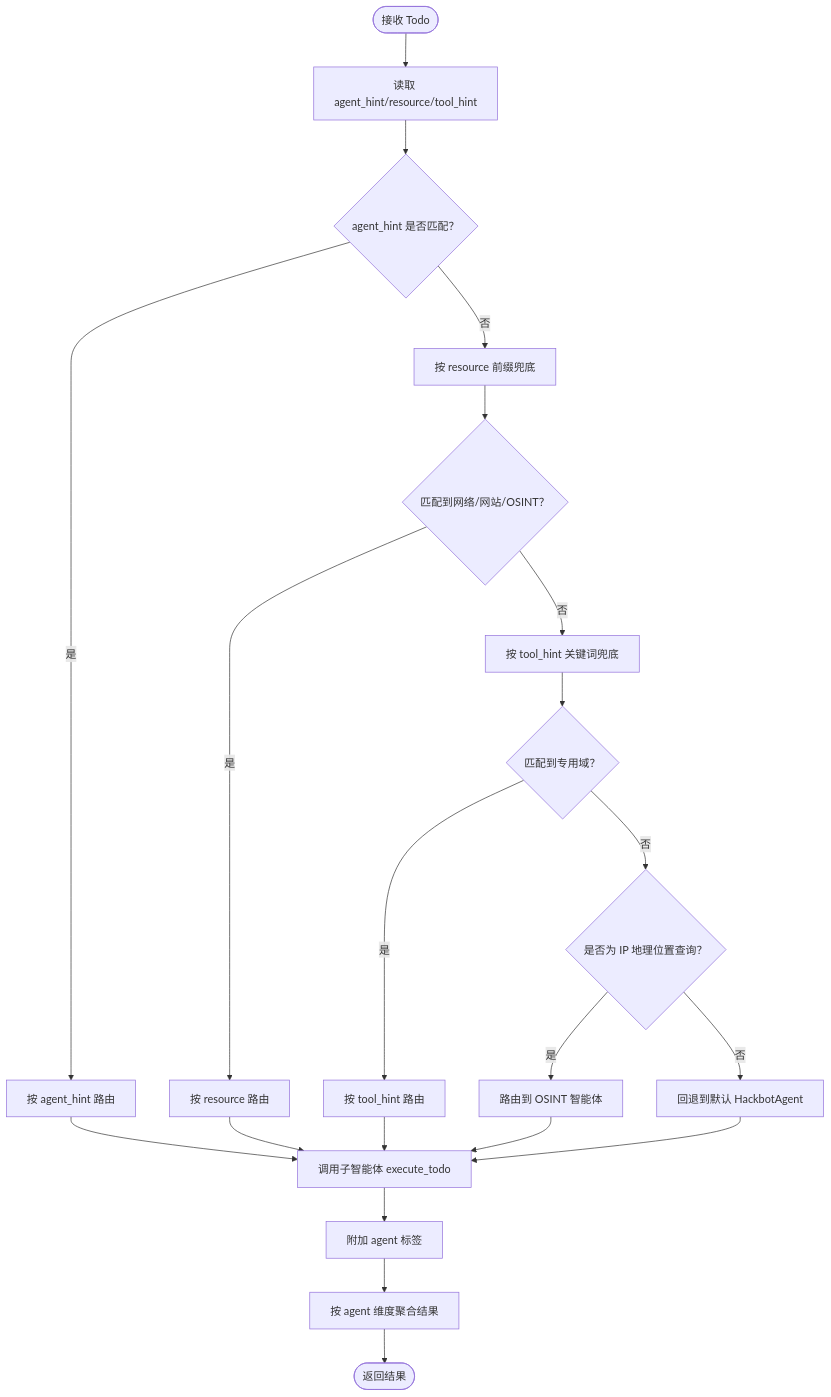
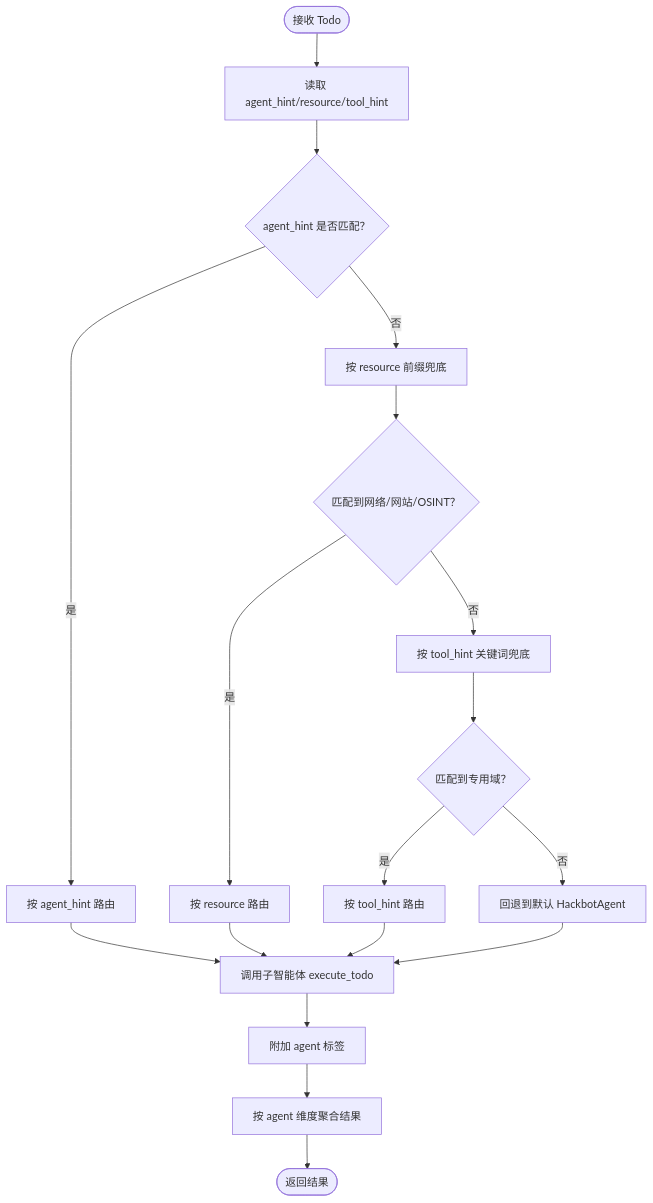
One commit to iammm0/secbot changed the third of 7 diagrams in .qoder/repowiki/zh/content/项目概述/核心功能特性/多智能体协作系统/多智能体协作系统.md. Above: the diagram before and after it, drawn with Mermaid. The commit also changed other lines of this file and 47 other files, not shown here.

````diff
--- a/.qoder/repowiki/zh/content/项目概述/核心功能特性/多智能体协作系统/多智能体协作系统.md
+++ b/.qoder/repowiki/zh/content/项目概述/核心功能特性/多智能体协作系统/多智能体协作系统.md
@@ -187,23 +175,20 @@
 ```mermaid
 flowchart TD
 Start(["接收 Todo"]) --> Hint["读取 agent_hint/resource/tool_hint"]
 Hint --> CheckHint{"agent_hint 是否匹配？"}
 CheckHint --> |是| RouteByHint["按 agent_hint 路由"]
 CheckHint --> |否| CheckRes["按 resource 前缀兜底"]
 CheckRes --> ResMatch{"匹配到网络/网站/OSINT？"}
 ResMatch --> |是| RouteByRes["按 resource 路由"]
 ResMatch --> |否| CheckTool["按 tool_hint 关键词兜底"]
 CheckTool --> ToolMatch{"匹配到专用域？"}
 ToolMatch --> |是| RouteByTool["按 tool_hint 路由"]
-ToolMatch --> |否| CheckIpGeo{"是否为 IP 地理位置查询？"}
-CheckIpGeo --> |是| RouteToOsint["路由到 OSINT 智能体"]
-CheckIpGeo --> |否| Fallback["回退到默认 HackbotAgent"]
+ToolMatch --> |否| Fallback["回退到默认 HackbotAgent"]
 RouteByHint --> Exec["调用子智能体 execute_todo"]
 RouteByRes --> Exec
 RouteByTool --> Exec
-RouteToOsint --> Exec
 Fallback --> Exec
 Exec --> Tag["附加 agent 标签"]
 Tag --> Aggregate["按 agent 维度聚合结果"]
 Aggregate --> End(["返回结果"])
 ```
````
